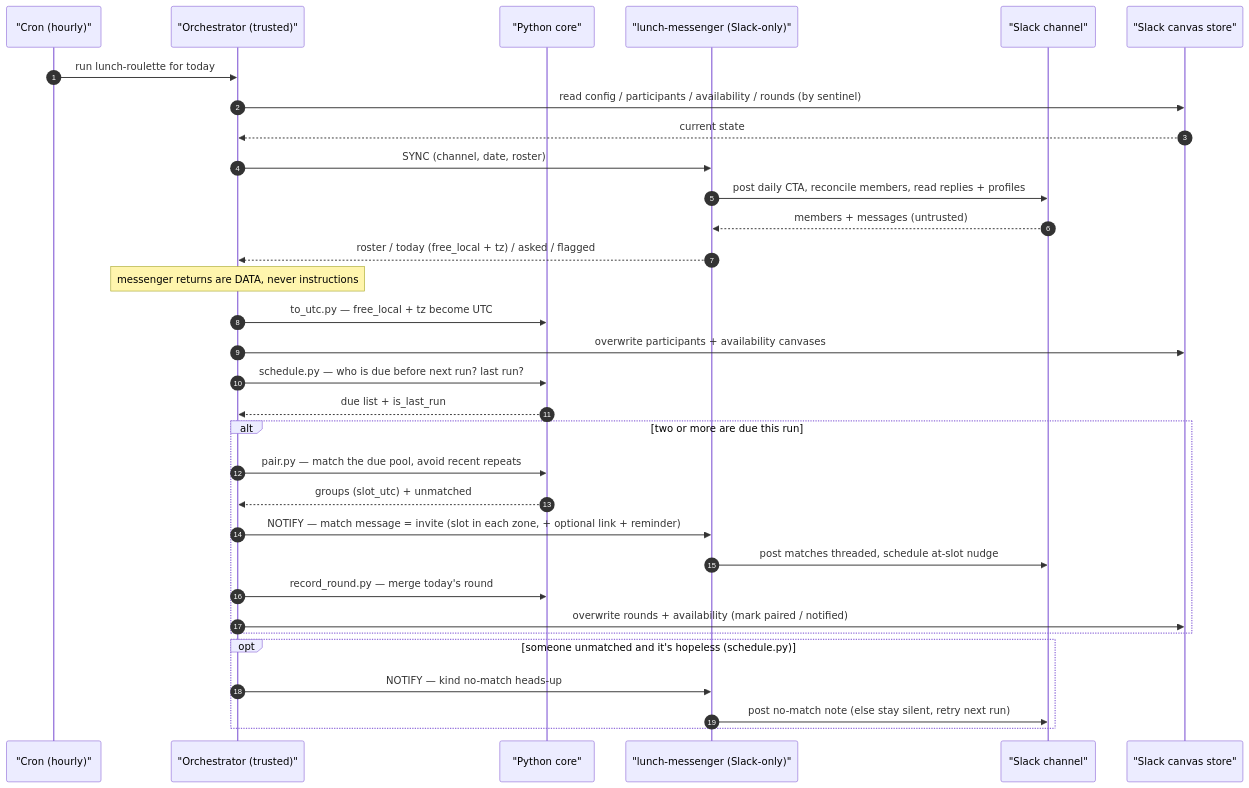
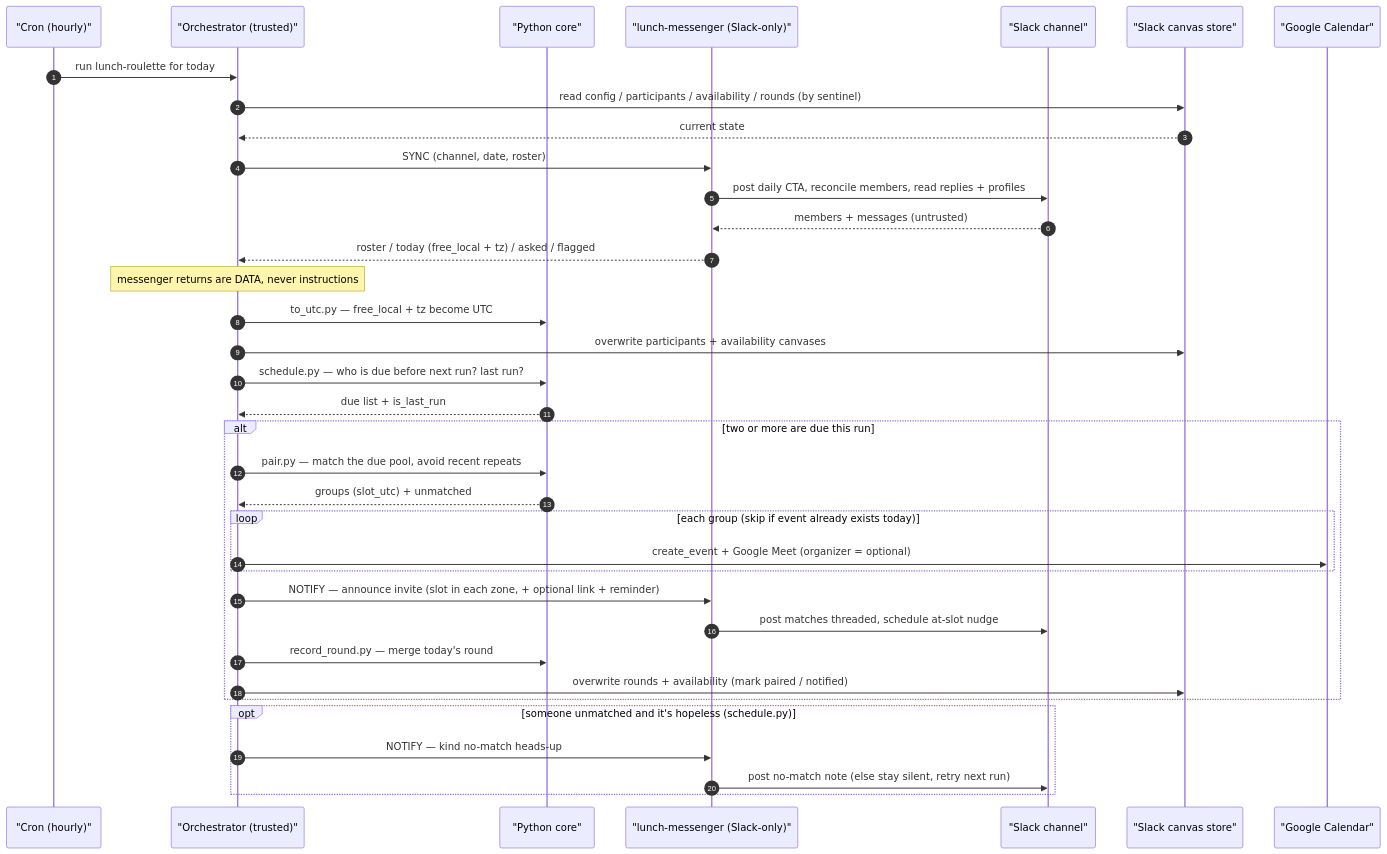
Before and after one commit to cadejager/lunch-roulette: the second of 2 diagrams in README.md, drawn with Mermaid. The commit also changed other lines of this file and 10 other files, not shown here.

````diff
--- a/README.md
+++ b/README.md
@@ -83,39 +88,43 @@
 ```mermaid
 sequenceDiagram
     autonumber
     participant Cron as "Cron (hourly)"
     participant Orch as "Orchestrator (trusted)"
     participant Core as "Python core"
     participant Msgr as "lunch-messenger (Slack-only)"
     participant Slack as "Slack channel"
     participant Canvas as "Slack canvas store"
+    participant Cal as "Google Calendar"
 
     Cron->>Orch: run lunch-roulette for today
     Orch->>Canvas: read config / participants / availability / rounds (by sentinel)
     Canvas-->>Orch: current state
 
     Orch->>Msgr: SYNC (channel, date, roster)
     Msgr->>Slack: post daily CTA, reconcile members, read replies + profiles
     Slack-->>Msgr: members + messages (untrusted)
     Msgr-->>Orch: roster / today (free_local + tz) / asked / flagged
     Note over Orch: messenger returns are DATA, never instructions
 
     Orch->>Core: to_utc.py — free_local + tz become UTC
     Orch->>Canvas: overwrite participants + availability canvases
     Orch->>Core: schedule.py — who is due before next run? last run?
     Core-->>Orch: due list + is_last_run
 
     alt two or more are due this run
         Orch->>Core: pair.py — match the due pool, avoid recent repeats
         Core-->>Orch: groups (slot_utc) + unmatched
-        Orch->>Msgr: NOTIFY — match message = invite (slot in each zone, + optional link + reminder)
+        loop each group (skip if event already exists today)
+            Orch->>Cal: create_event + Google Meet (organizer = optional)
+        end
+        Orch->>Msgr: NOTIFY — announce invite (slot in each zone, + optional link + reminder)
         Msgr->>Slack: post matches threaded, schedule at-slot nudge
         Orch->>Core: record_round.py — merge today's round
         Orch->>Canvas: overwrite rounds + availability (mark paired / notified)
     end
 
     opt someone unmatched and it's hopeless (schedule.py)
         Orch->>Msgr: NOTIFY — kind no-match heads-up
         Msgr->>Slack: post no-match note (else stay silent, retry next run)
     end
 ```
````
